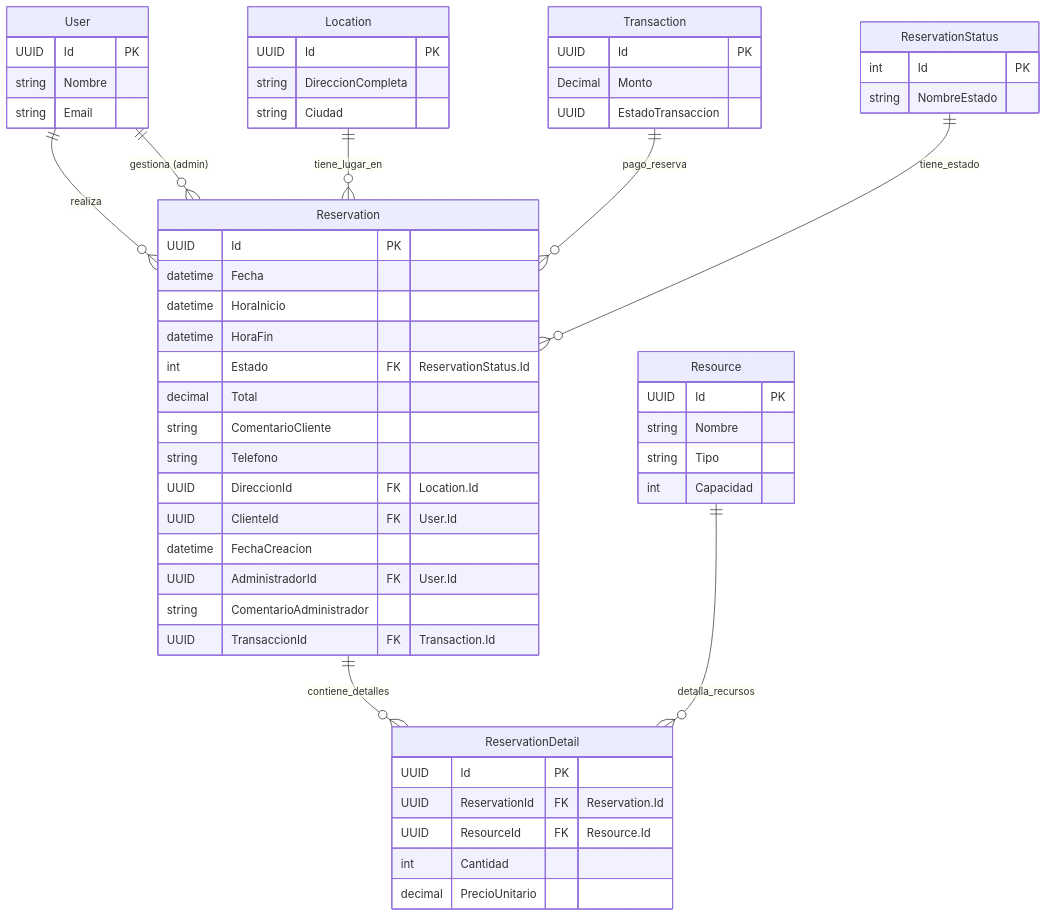
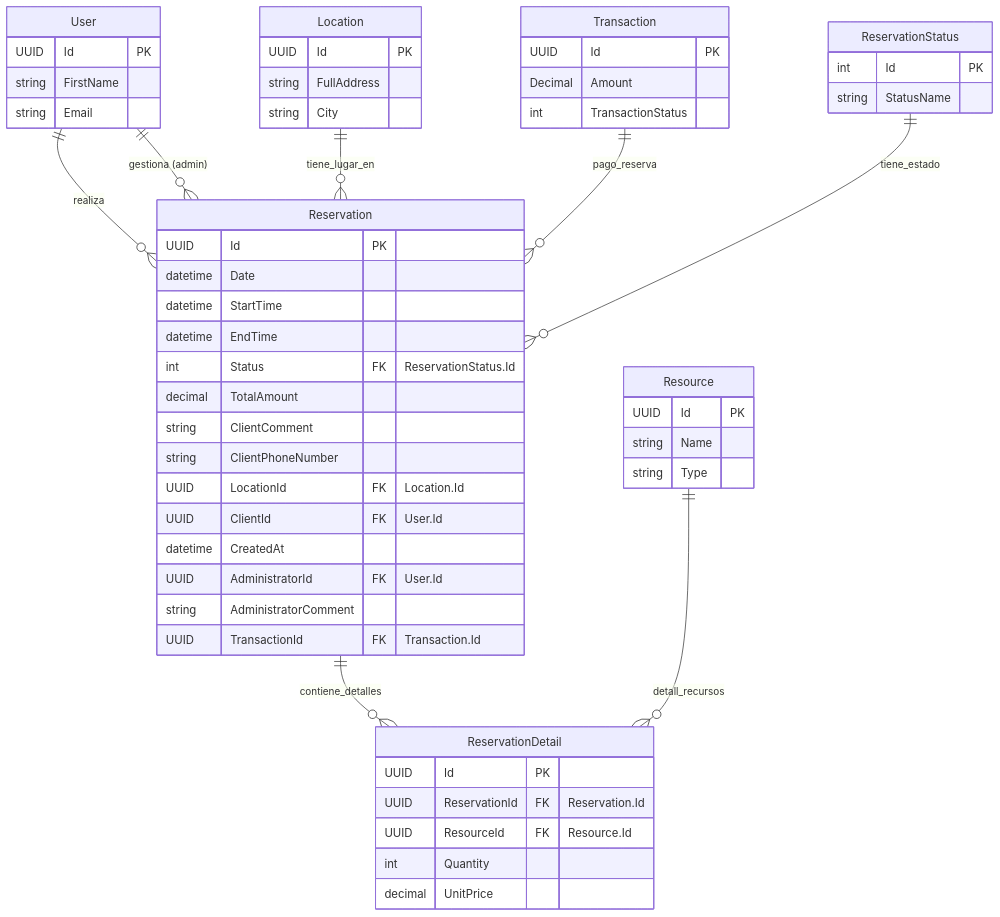
Before and after one commit to jose-angell/EventResourceReservationAppDocs: the diagram in docs/backend/models-domain/reservation.md, drawn with Mermaid. The commit also changed other lines of this file and 7 other files, not shown here.

````diff
--- a/docs/backend/models-domain/reservation.md
+++ b/docs/backend/models-domain/reservation.md
@@ -40,65 +40,64 @@
 ```mermaid
 erDiagram
     User {
         UUID Id PK
-        string Nombre
+        string FirstName
         string Email
     }
 
     Location {
         UUID Id PK
-        string DireccionCompleta
-        string Ciudad
+        string FullAddress
+        string City
     }
 
     Transaction {
         UUID Id PK
-        Decimal Monto
-        UUID EstadoTransaccion
+        Decimal Amount
+        int TransactionStatus
     }
 
     ReservationStatus {
         int Id PK
-        string NombreEstado
+        string StatusName
     }
 
     Reservation {
         UUID Id PK
-        datetime Fecha
-        datetime HoraInicio
-        datetime HoraFin
-        int Estado FK "ReservationStatus.Id"
-        decimal Total
-        string ComentarioCliente
-        string Telefono
-        UUID DireccionId FK "Location.Id"
-        UUID ClienteId FK "User.Id"
-        datetime FechaCreacion
-        UUID AdministradorId FK "User.Id"
-        string ComentarioAdministrador
-        UUID TransaccionId FK "Transaction.Id"
+        datetime Date
+        datetime StartTime
+        datetime EndTime
+        int Status FK "ReservationStatus.Id"
+        decimal TotalAmount
+        string ClientComment
+        string ClientPhoneNumber
+        UUID LocationId FK "Location.Id"
+        UUID ClientId FK "User.Id"
+        datetime CreatedAt
+        UUID AdministratorId FK "User.Id"
+        string AdministratorComment
+        UUID TransactionId FK "Transaction.Id"
     }
 
     ReservationDetail {
         UUID Id PK
         UUID ReservationId FK "Reservation.Id"
         UUID ResourceId FK "Resource.Id"
-        int Cantidad
-        decimal PrecioUnitario
+        int Quantity
+        decimal UnitPrice
     }
 
     Resource {
         UUID Id PK
-        string Nombre
-        string Tipo
-        int Capacidad
+        string Name
+        string Type
     }
 
     User ||--o{ Reservation : "realiza"
     User ||--o{ Reservation : "gestiona (admin)"
     Location ||--o{ Reservation : "tiene_lugar_en"
     Transaction ||--o{ Reservation : "pago_reserva"
     ReservationStatus ||--o{ Reservation : "tiene_estado"
     Reservation ||--o{ ReservationDetail : "contiene_detalles"
-    Resource ||--o{ ReservationDetail : "detalla_recursos"
+    Resource ||--o{ ReservationDetail : "detall_recursos"
 ```
````
